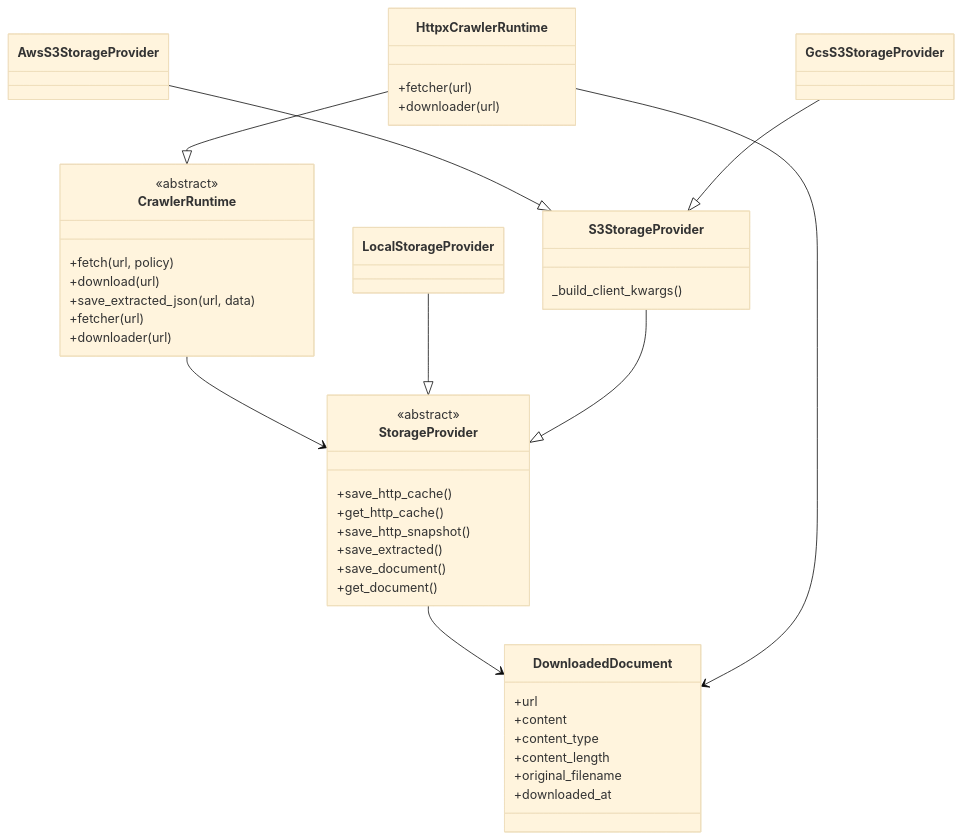
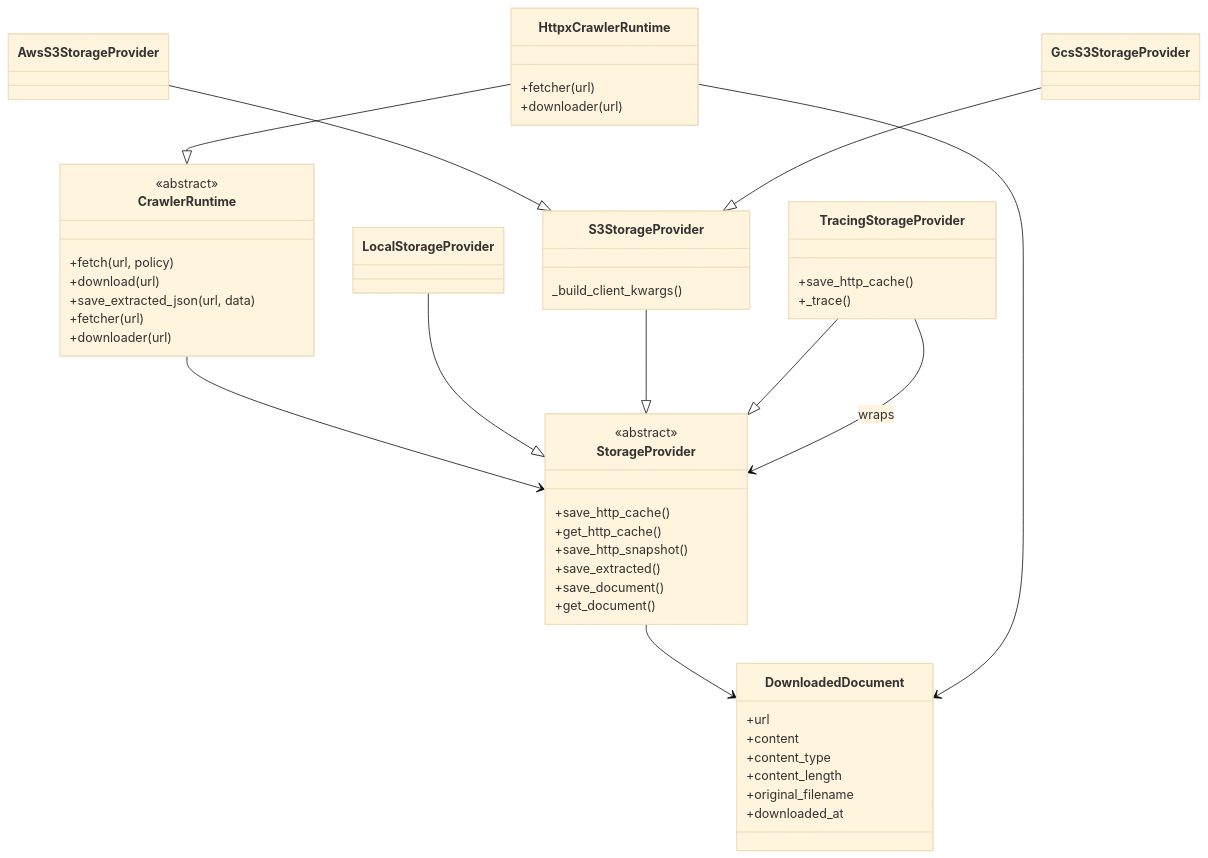
One commit to fletort/ranking changed the diagram in docs/design/runtime_design.md. Above: the diagram before and after it, drawn with Mermaid (base theme). The commit also changed other lines of this file and 7 other files, not shown here.

Commit message:
Add trace for storage operation

````diff
--- a/docs/design/runtime_design.md
+++ b/docs/design/runtime_design.md
@@ -27,56 +27,64 @@
 ```mermaid
 classDiagram
 
     class HttpxCrawlerRuntime {
         +fetcher(url)
         +downloader(url)
     }
 
     class CrawlerRuntime {
         <<abstract>>
         +fetch(url, policy)
         +download(url)
         +save_extracted_json(url, data)
         +fetcher(url)
         +downloader(url)
     }
 
     class AwsS3StorageProvider
     class GcsS3StorageProvider
 
     class LocalStorageProvider
+
+    class TracingStorageProvider {
+        +save_http_cache()
+        +_trace()
+    }
 
     class S3StorageProvider {
         _build_client_kwargs()
     }
 
     class StorageProvider {
         <<abstract>>
         +save_http_cache()
         +get_http_cache()
         +save_http_snapshot()
         +save_extracted()
         +save_document()
         +get_document()
     }
 
     class DownloadedDocument {
         +url
         +content
         +content_type
         +content_length
         +original_filename
         +downloaded_at
     }
 
     CrawlerRuntime --> StorageProvider
     HttpxCrawlerRuntime --|> CrawlerRuntime
 
     LocalStorageProvider --|> StorageProvider
     S3StorageProvider --|> StorageProvider
     AwsS3StorageProvider --|> S3StorageProvider
     GcsS3StorageProvider --|> S3StorageProvider
 
+    TracingStorageProvider --|> StorageProvider
+    TracingStorageProvider --> StorageProvider : wraps
+
     StorageProvider --> DownloadedDocument
     HttpxCrawlerRuntime --> DownloadedDocument
 ```
````
